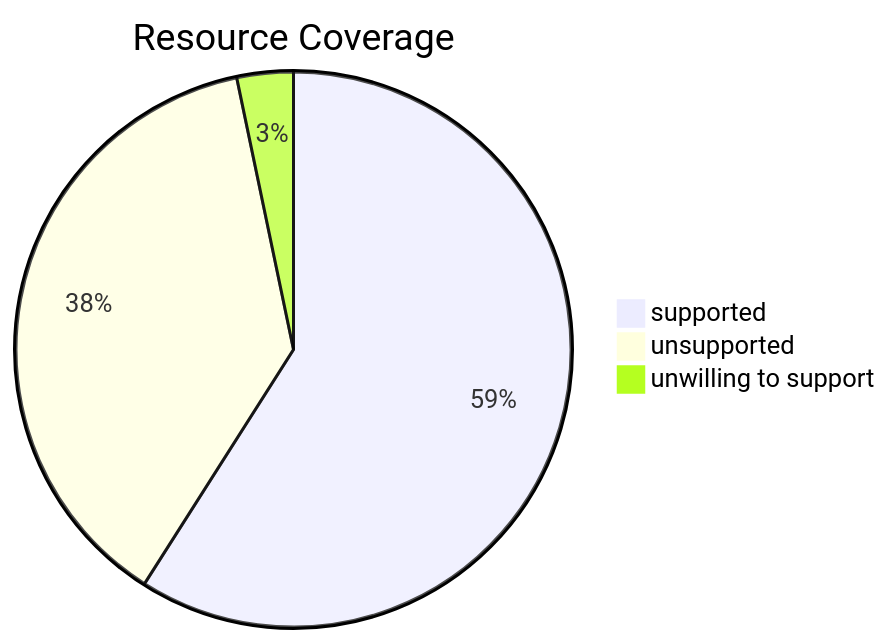
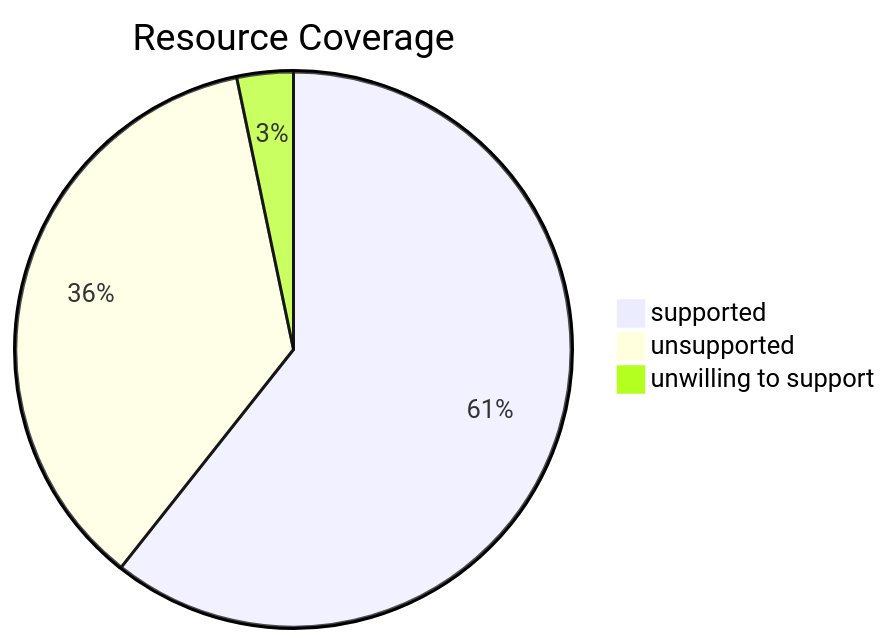
Before and after one commit to lassoColombo/nuke: the diagram in README.md, drawn with Mermaid. The commit also changed other lines of this file, not shown here.

````diff
--- a/README.md
+++ b/README.md
@@ -153,7 +153,7 @@
 ```mermaid
 pie title Resource Coverage
-    "supported" : 36
-    "unsupported" : 23
+    "supported" : 37
+    "unsupported" : 22
     "unwilling to support" : 2
 
 ```
````
